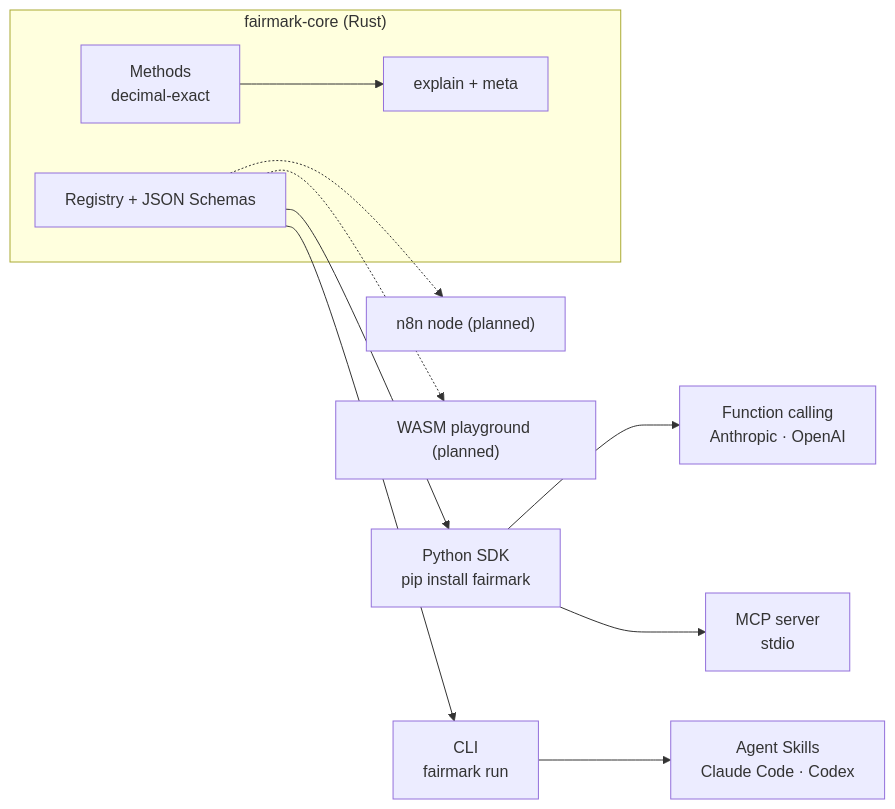
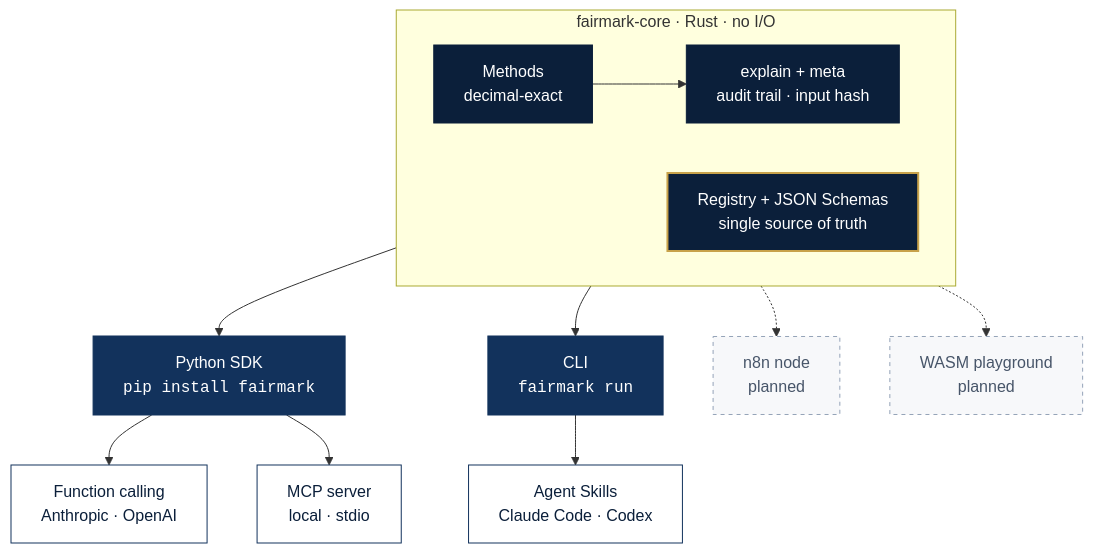
Before and after one commit to salvo8519/fairmark: the second of 2 diagrams in README.md, drawn with Mermaid. The commit also changed other lines of this file and 13 other files, not shown here.

````diff
--- a/README.md
+++ b/README.md
@@ -151,14 +167,20 @@
 ```mermaid
-flowchart LR
-    subgraph core["fairmark-core (Rust)"]
-        M[Methods<br/>decimal-exact] --> E[explain + meta]
-        R[Registry + JSON Schemas]
+flowchart TB
+    subgraph CORE["fairmark-core · Rust · no I/O"]
+        direction LR
+        M["Methods<br/>decimal-exact"]:::core --> E["explain + meta<br/>audit trail · input hash"]:::core
+        REG["Registry + JSON Schemas<br/>single source of truth"]:::gold
     end
-    R --> PY["Python SDK<br/>pip install fairmark"]
-    R --> CLI["CLI<br/>fairmark run"]
-    PY --> FC["Function calling<br/>Anthropic · OpenAI"]
-    PY --> MCP["MCP server<br/>stdio"]
-    CLI --> SK["Agent Skills<br/>Claude Code · Codex"]
-    R -.-> N8N["n8n node (planned)"]
-    R -.-> WASM["WASM playground (planned)"]
+    REG --> PY["Python SDK<br/><code>pip install fairmark</code>"]:::adapter
+    REG --> CLI["CLI<br/><code>fairmark run</code>"]:::adapter
+    PY --> FC["Function calling<br/>Anthropic · OpenAI"]:::agent
+    PY --> MCP["MCP server<br/>local · stdio"]:::agent
+    CLI --> SK["Agent Skills<br/>Claude Code · Codex"]:::agent
+    REG -.-> N8N["n8n node<br/>planned"]:::planned
+    REG -.-> WASM["WASM playground<br/>planned"]:::planned
+    classDef core fill:#0B1F3A,stroke:#0B1F3A,color:#FFFFFF
+    classDef gold fill:#0B1F3A,stroke:#C8A24A,stroke-width:2px,color:#FFFFFF
+    classDef adapter fill:#12325C,stroke:#12325C,color:#FFFFFF
+    classDef agent fill:#FFFFFF,stroke:#12325C,color:#0B1F3A
+    classDef planned fill:#F7F8FA,stroke:#94A3B8,color:#475569,stroke-dasharray:4 4
 ```
````
